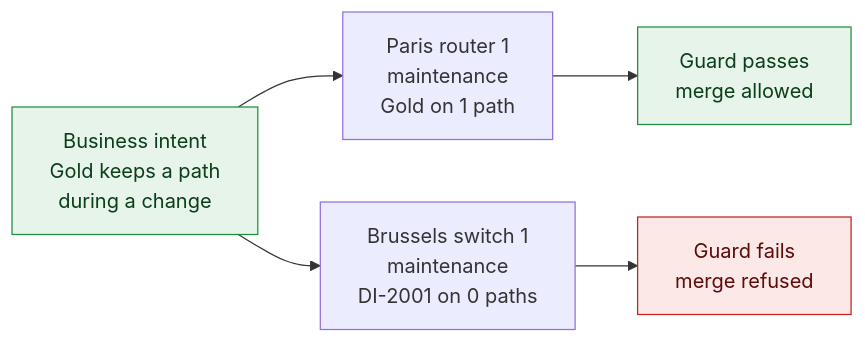
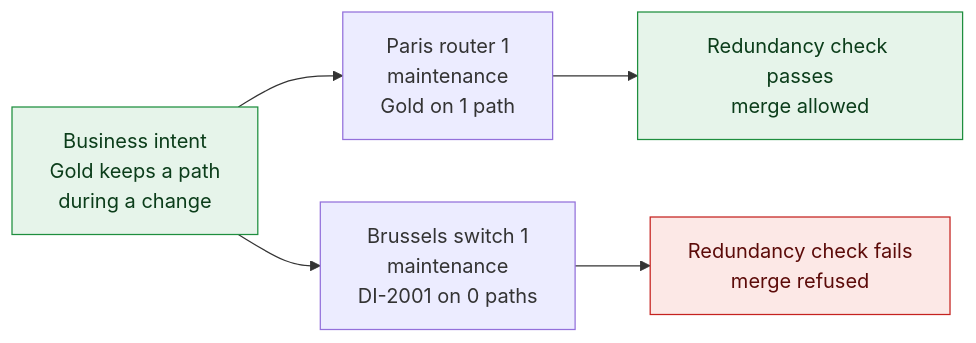
The diagram in docs/docs/business-impact/plan-maintenance.mdx (opsmill/infrahub-demo-service-catalog), drawn with Mermaid before and after one commit. The commit also changed other lines of this file and 13 other files, not shown here.

First line of the commit message:
Rename the gold_outage_guard rule module to redundancy_rule

````diff
--- a/docs/docs/business-impact/plan-maintenance.mdx
+++ b/docs/docs/business-impact/plan-maintenance.mdx
@@ -149,24 +149,24 @@
 ```mermaid
 flowchart LR
   intent["Business intent
 Gold keeps a path
 during a change"]
   paris["Paris router 1
 maintenance
 Gold on 1 path"]
-  pass["Guard passes
+  pass["Redundancy check passes
 merge allowed"]
   brussels["Brussels switch 1
 maintenance
 DI-2001 on 0 paths"]
-  block["Guard fails
+  block["Redundancy check fails
 merge refused"]
   intent --> paris --> pass
   intent --> brussels --> block
   classDef intentNode fill:#e6f4ea,stroke:#1e8e3e,color:#0b3d1a
   classDef passNode fill:#e6f4ea,stroke:#1e8e3e,color:#0b3d1a
   classDef blockNode fill:#fce8e6,stroke:#c5221f,color:#5c0b09
   class intent intentNode
   class pass passNode
   class block blockNode
 ```
````
